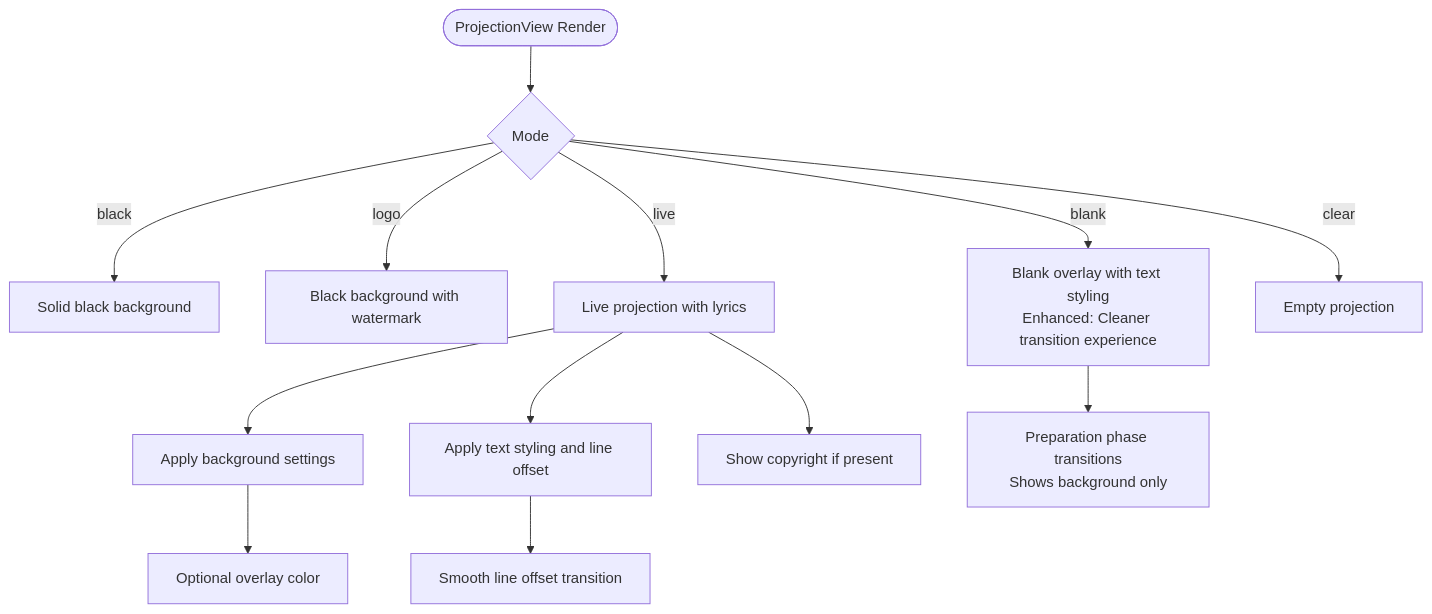
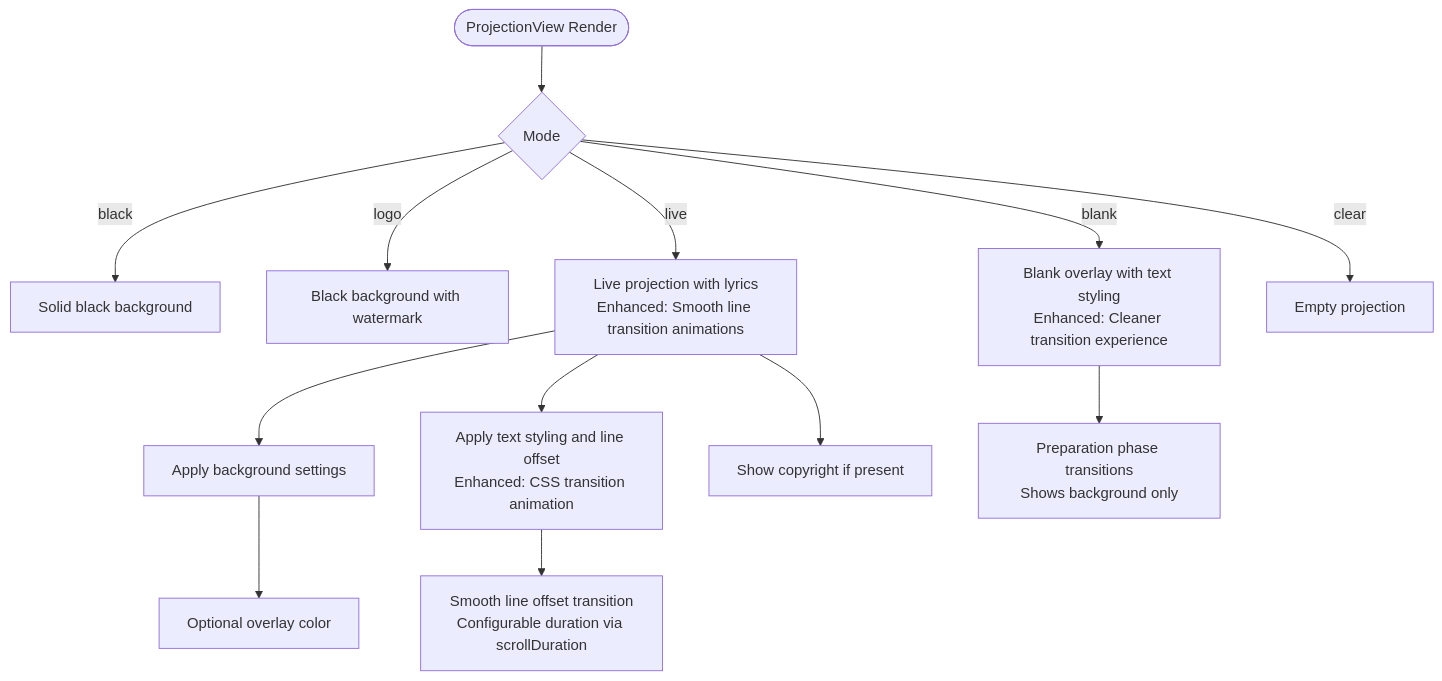
One commit to jimmywyk/lyricdeck changed the fourth of 12 diagrams in .qoder/repowiki/en/content/User Interface Components/Projection View Component.md. Above: the diagram before and after it, drawn with Mermaid. The commit also changed other lines of this file and 8 other files, not shown here.

````diff
--- a/.qoder/repowiki/en/content/User Interface Components/Projection View Component.md
+++ b/.qoder/repowiki/en/content/User Interface Components/Projection View Component.md
@@ -231,15 +234,15 @@
 ```mermaid
 flowchart TD
 Start(["ProjectionView Render"]) --> CheckMode{"Mode"}
 CheckMode --> |black| Black["Solid black background"]
 CheckMode --> |logo| Logo["Black background with watermark"]
-CheckMode --> |live| Live["Live projection with lyrics"]
+CheckMode --> |live| Live["Live projection with lyrics<br/>Enhanced: Smooth line transition animations"]
 CheckMode --> |blank| Blank["Blank overlay with text styling<br/>Enhanced: Cleaner transition experience"]
 CheckMode --> |clear| Clear["Empty projection"]
 Live --> Background["Apply background settings"]
-Live --> Text["Apply text styling and line offset"]
+Live --> Text["Apply text styling and line offset<br/>Enhanced: CSS transition animation"]
 Live --> Copyright["Show copyright if present"]
 Background --> Overlay["Optional overlay color"]
-Text --> Transition["Smooth line offset transition"]
+Text --> Transition["Smooth line offset transition<br/>Configurable duration via scrollDuration"]
 Blank --> Preparation["Preparation phase transitions<br/>Shows background only"]
 ```
````
